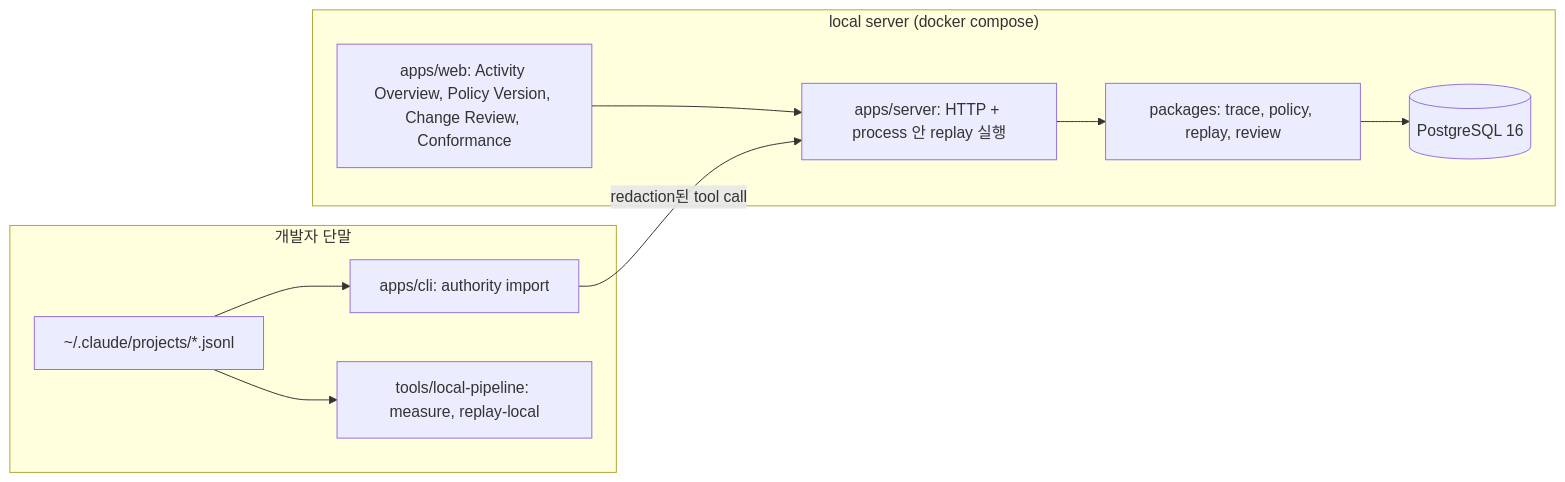
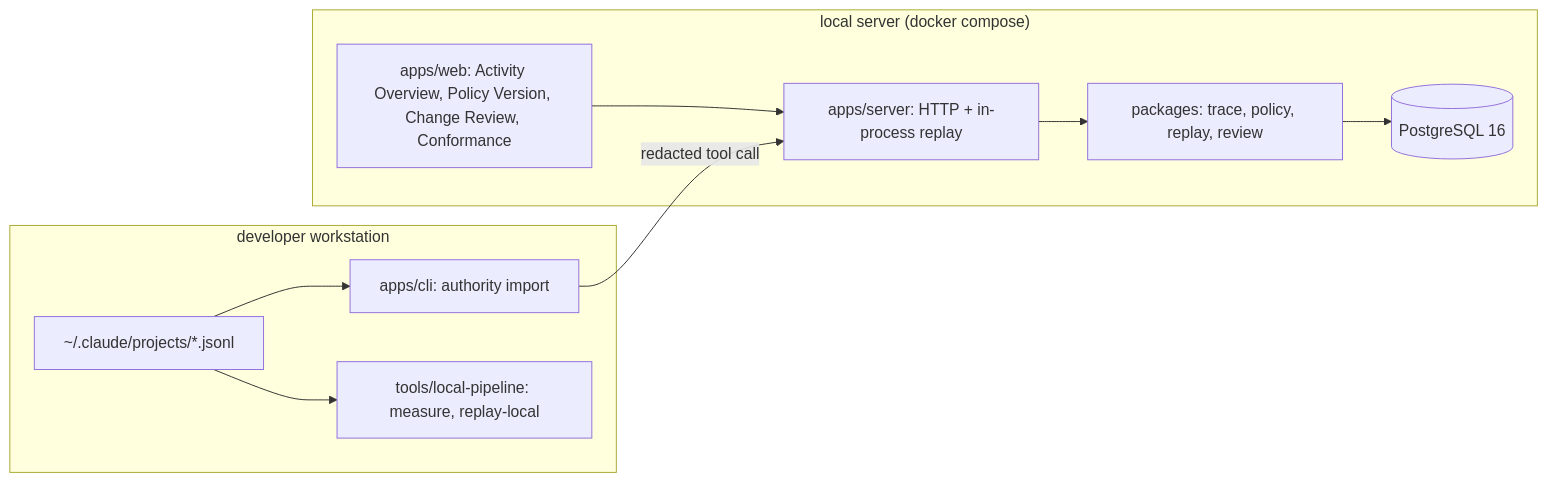
The first of 3 diagrams in docs/cutline.md (hsskey/authority-diff), drawn with Mermaid before and after one commit. The commit also changed other lines of this file and 35 other files, not shown here.

````diff
--- a/docs/cutline.md
+++ b/docs/cutline.md
@@ -158,13 +160,13 @@
 ```mermaid
 flowchart LR
-    subgraph DEV["개발자 단말"]
+    subgraph DEV["developer workstation"]
         TR["~/.claude/projects/*.jsonl"] --> CLI["apps/cli: authority import"]
         TR --> LP["tools/local-pipeline: measure, replay-local"]
     end
     subgraph SRV["local server (docker compose)"]
-        WEB["apps/web: Activity Overview, Policy Version, Change Review, Conformance"] --> HTTP["apps/server: HTTP + process 안 replay 실행"]
+        WEB["apps/web: Activity Overview, Policy Version, Change Review, Conformance"] --> HTTP["apps/server: HTTP + in-process replay"]
         HTTP --> PKG["packages: trace, policy, replay, review"]
         PKG --> PG[("PostgreSQL 16")]
     end
-    CLI -- "redaction된 tool call" --> HTTP
+    CLI -- "redacted tool call" --> HTTP
 ```
````
